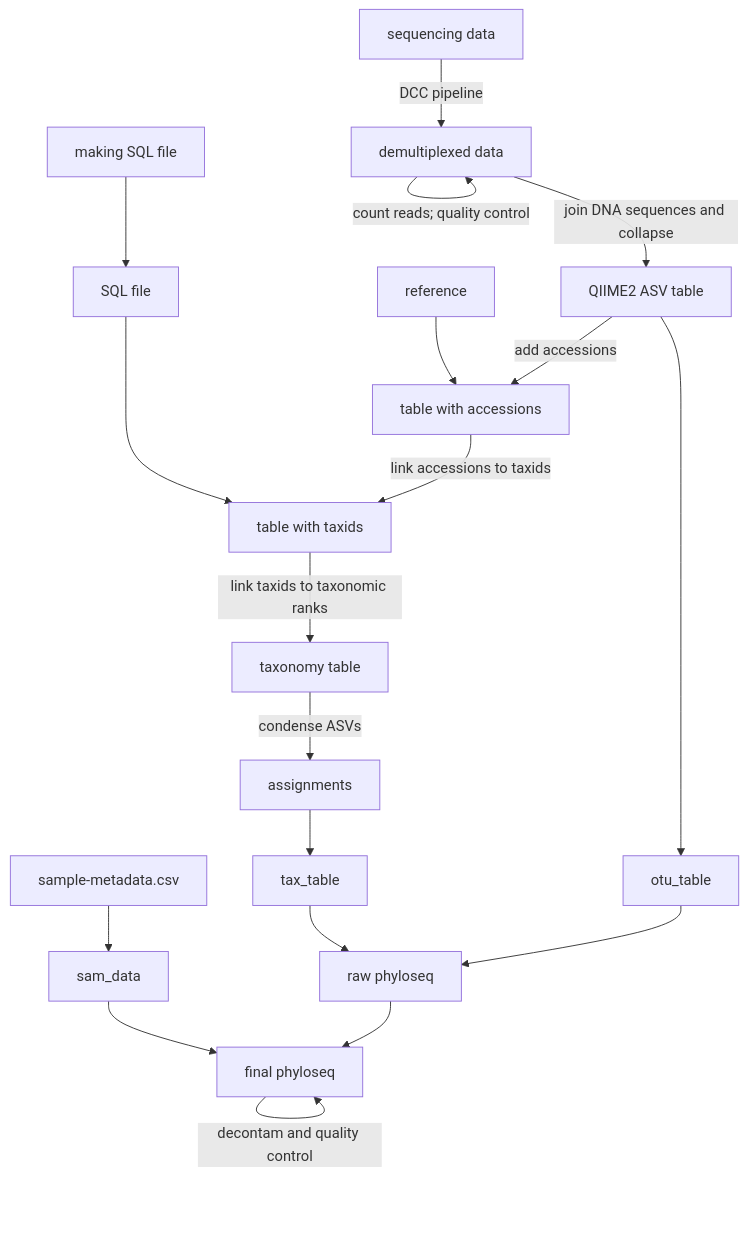
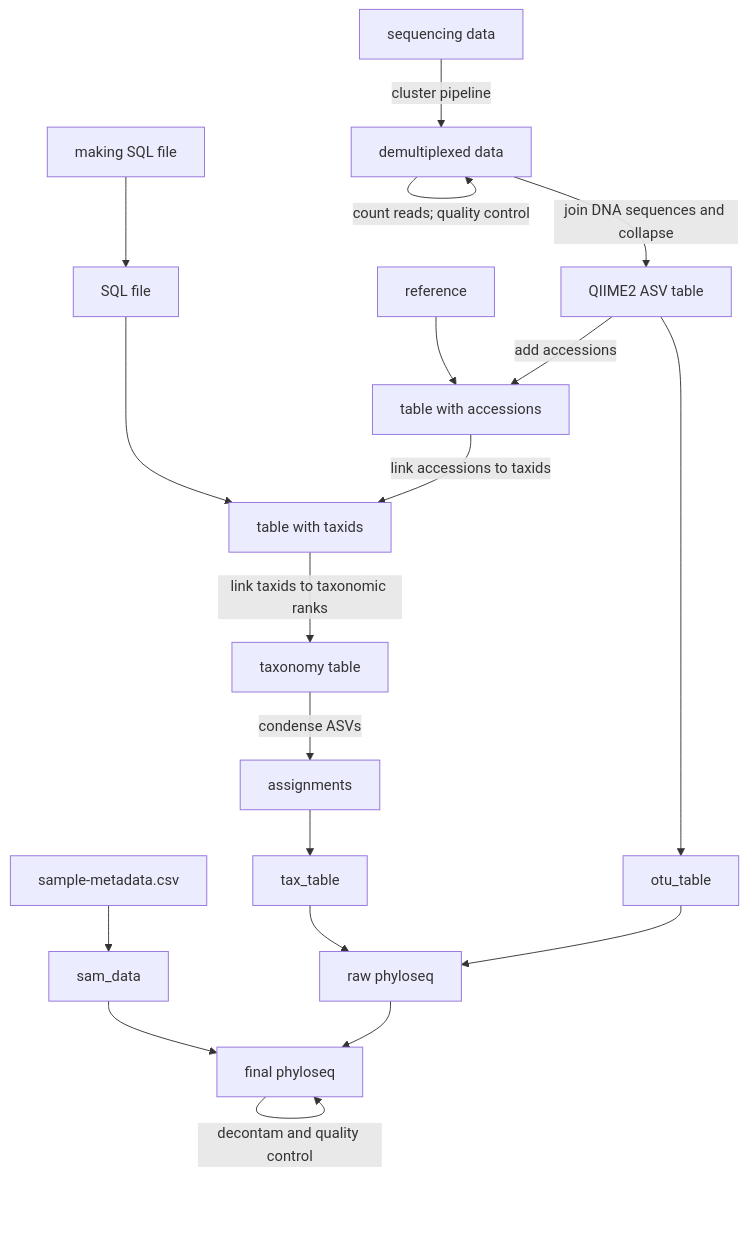
One commit to LAD-LAB/lad-lab.github.io changed the diagram in docs/pipeline.md. Above: the diagram before and after it, drawn with Mermaid. The commit also changed other lines of this file and 6 other files, not shown here.

````diff
--- a/docs/pipeline.md
+++ b/docs/pipeline.md
@@ -810,21 +933,21 @@
 ``` mermaid
 graph TD
-  A[sequencing data] -->|DCC pipeline| B[demultiplexed data];
+  A[sequencing data] -->|cluster pipeline| B[demultiplexed data];
   B -->|count reads; quality control| B;
   B -->|join DNA sequences and collapse| C[QIIME2 ASV table];
   C -->|add accessions| D[table with accessions];
   E[reference] --> D;
   D -->|link accessions to taxids| F[table with taxids];
   G[SQL file] ---> F;
   F -->|link taxids to taxonomic ranks| H[taxonomy table];
   H -->|condense ASVs| I[assignments];
   C --> J[otu_table];
   I --> K[tax_table];
   J --> L[raw phyloseq];
   K --> L;
   M[sample-metadata.csv] --> N[sam_data];
   L --> O[final phyloseq];
   N --> O;
   O -->|decontam and quality control| O;
   P[making SQL file] --> G
 ```
````
